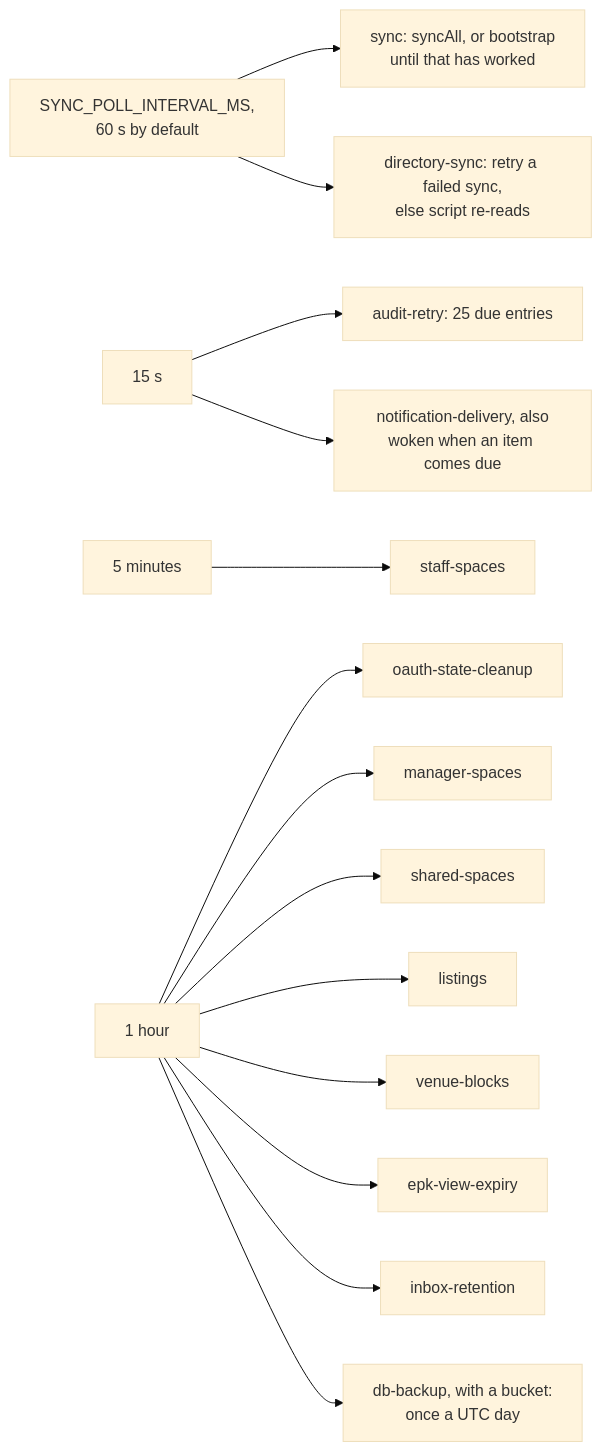
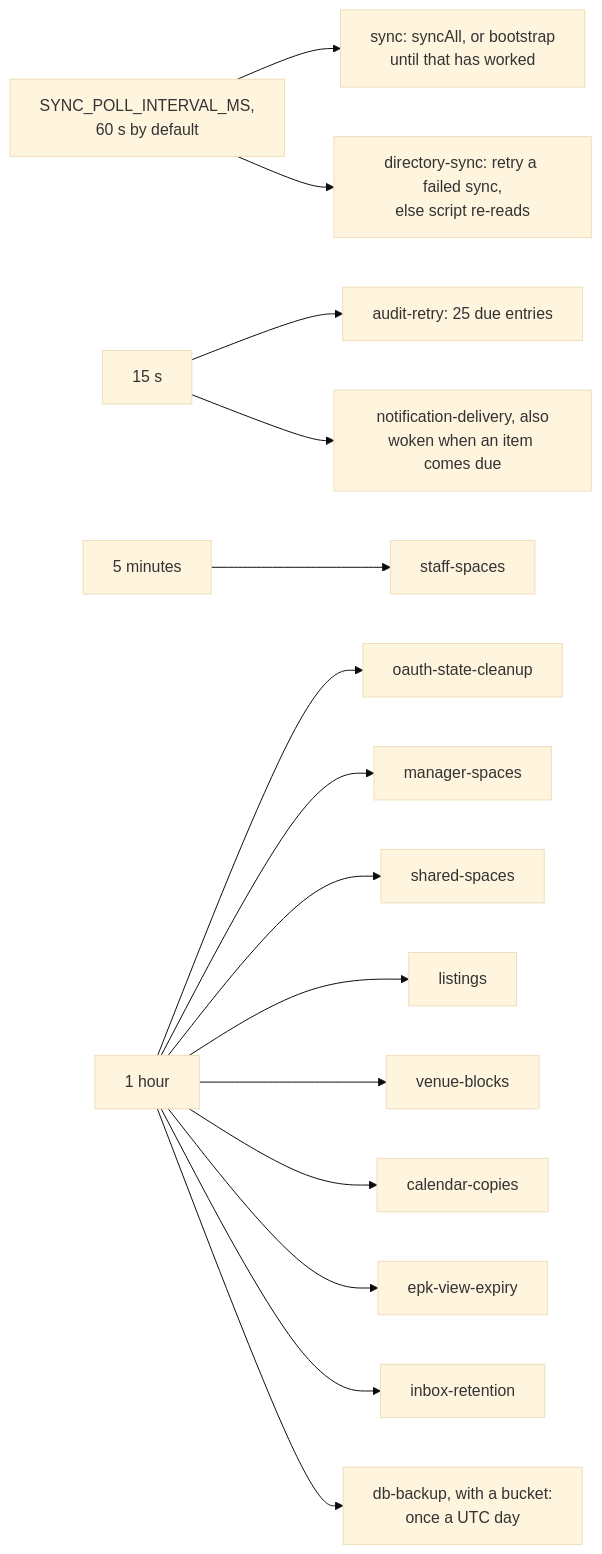
One commit to cutenode/localnetwork changed the second of 7 diagrams in apps/web/docs/diagrams/jobs-and-directory.md. Above: the diagram before and after it, drawn with Mermaid (base theme). The commit also changed other lines of this file and 38 other files, not shown here.

````diff
--- a/apps/web/docs/diagrams/jobs-and-directory.md
+++ b/apps/web/docs/diagrams/jobs-and-directory.md
@@ -39,16 +40,17 @@
 ```mermaid
 flowchart LR
   Poll["SYNC_POLL_INTERVAL_MS,<br/>60 s by default"] --> P1["sync: syncAll, or bootstrap<br/>until that has worked"]
   Poll --> P2["directory-sync: retry a failed sync,<br/>else script re-reads"]
   Quick["15 s"] --> Q1["audit-retry: 25 due entries"]
   Quick --> Q2["notification-delivery, also<br/>woken when an item comes due"]
   Five["5 minutes"] --> F1["staff-spaces"]
   Hour["1 hour"] --> H1["oauth-state-cleanup"]
   Hour --> H2["manager-spaces"]
   Hour --> H3["shared-spaces"]
   Hour --> H4["listings"]
   Hour --> H5["venue-blocks"]
+  Hour --> H9["calendar-copies"]
   Hour --> H6["epk-view-expiry"]
   Hour --> H7["inbox-retention"]
   Hour --> H8["db-backup, with a bucket:<br/>once a UTC day"]
 ```
````
